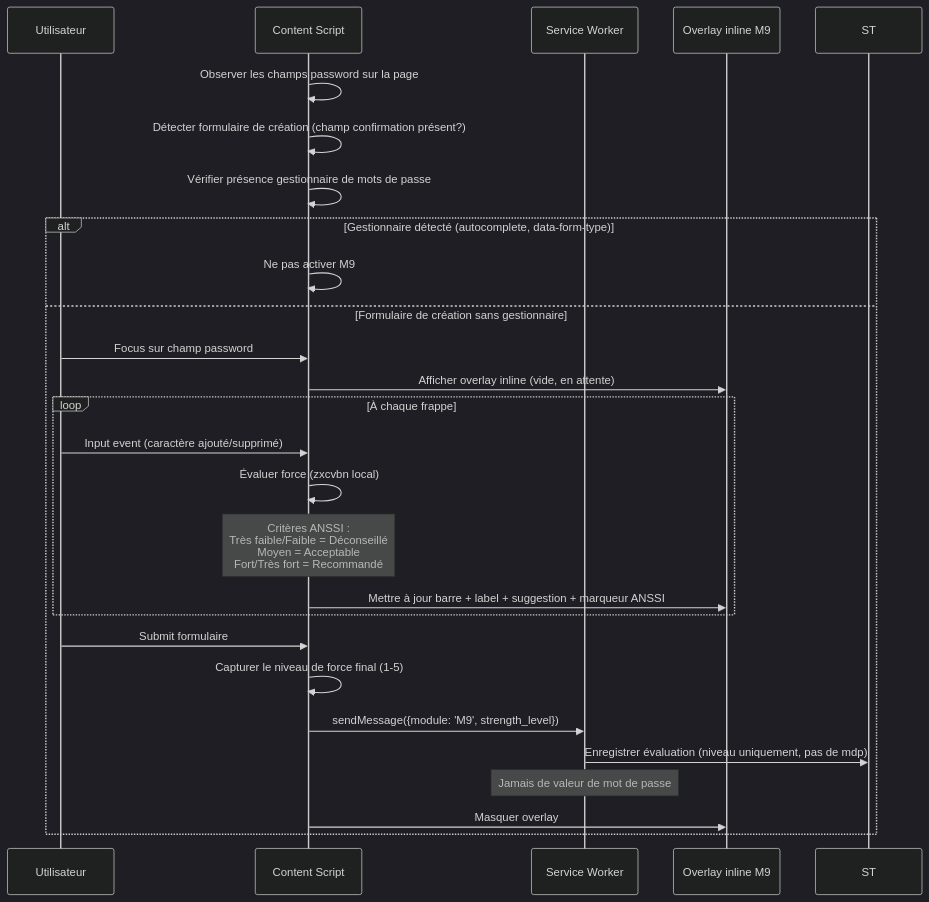
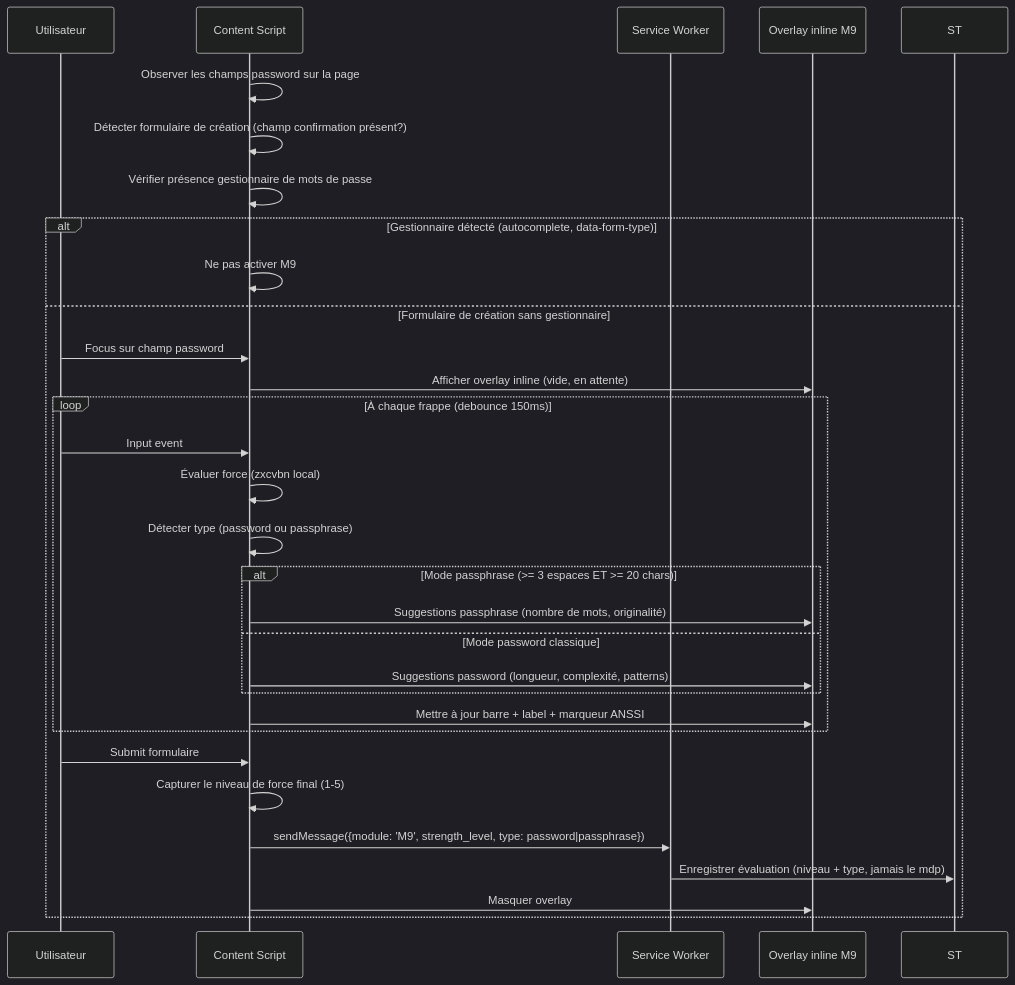
Before and after one commit to antonyblain/sentinel-nudge: the diagram in docs/p2-specifications/diagrammes/sources/m9-sequence.mmd, drawn with Mermaid (dark theme). The commit also changed 2 other files, not shown here.

Commit message:
feat: M9 — prise en charge des phrases de passe (passphrase)
Détection automatique du type (password vs passphrase >= 3 espaces + 20 chars).
Suggestions adaptées par mode : passphrase = nombre de mots et originalité,
password = complexité classique + suggestion de phrase de passe.
3 Gherkin ajoutés (CA-M9-08 à 10), 2 cas limites, diagramme de séquence
et PNG mis à jour. Total CA M9 : 13. Total projet : 69.

```diff
--- a/docs/p2-specifications/diagrammes/sources/m9-sequence.mmd
+++ b/docs/p2-specifications/diagrammes/sources/m9-sequence.mmd
@@ -1,30 +1,36 @@
 sequenceDiagram
     participant U as Utilisateur
     participant CS as Content Script
     participant SW as Service Worker
     participant UI as Overlay inline M9
 
     CS->>CS: Observer les champs password sur la page
     CS->>CS: Détecter formulaire de création (champ confirmation présent?)
     CS->>CS: Vérifier présence gestionnaire de mots de passe
 
     alt Gestionnaire détecté (autocomplete, data-form-type)
         CS->>CS: Ne pas activer M9
     else Formulaire de création sans gestionnaire
         U->>CS: Focus sur champ password
         CS->>UI: Afficher overlay inline (vide, en attente)
 
-        loop À chaque frappe
-            U->>CS: Input event (caractère ajouté/supprimé)
+        loop À chaque frappe (debounce 150ms)
+            U->>CS: Input event
             CS->>CS: Évaluer force (zxcvbn local)
-            Note over CS: Critères ANSSI :<br/>Très faible/Faible = Déconseillé<br/>Moyen = Acceptable<br/>Fort/Très fort = Recommandé
-            CS->>UI: Mettre à jour barre + label + suggestion + marqueur ANSSI
+            CS->>CS: Détecter type (password ou passphrase)
+
+            alt Mode passphrase (>= 3 espaces ET >= 20 chars)
+                CS->>UI: Suggestions passphrase (nombre de mots, originalité)
+            else Mode password classique
+                CS->>UI: Suggestions password (longueur, complexité, patterns)
+            end
+
+            CS->>UI: Mettre à jour barre + label + marqueur ANSSI
         end
 
         U->>CS: Submit formulaire
         CS->>CS: Capturer le niveau de force final (1-5)
-        CS->>SW: sendMessage({module: 'M9', strength_level})
-        SW->>ST: Enregistrer évaluation (niveau uniquement, pas de mdp)
-        Note over SW: Jamais de valeur de mot de passe
+        CS->>SW: sendMessage({module: 'M9', strength_level, type: password|passphrase})
+        SW->>ST: Enregistrer évaluation (niveau + type, jamais le mdp)
         CS->>UI: Masquer overlay
     end
```
